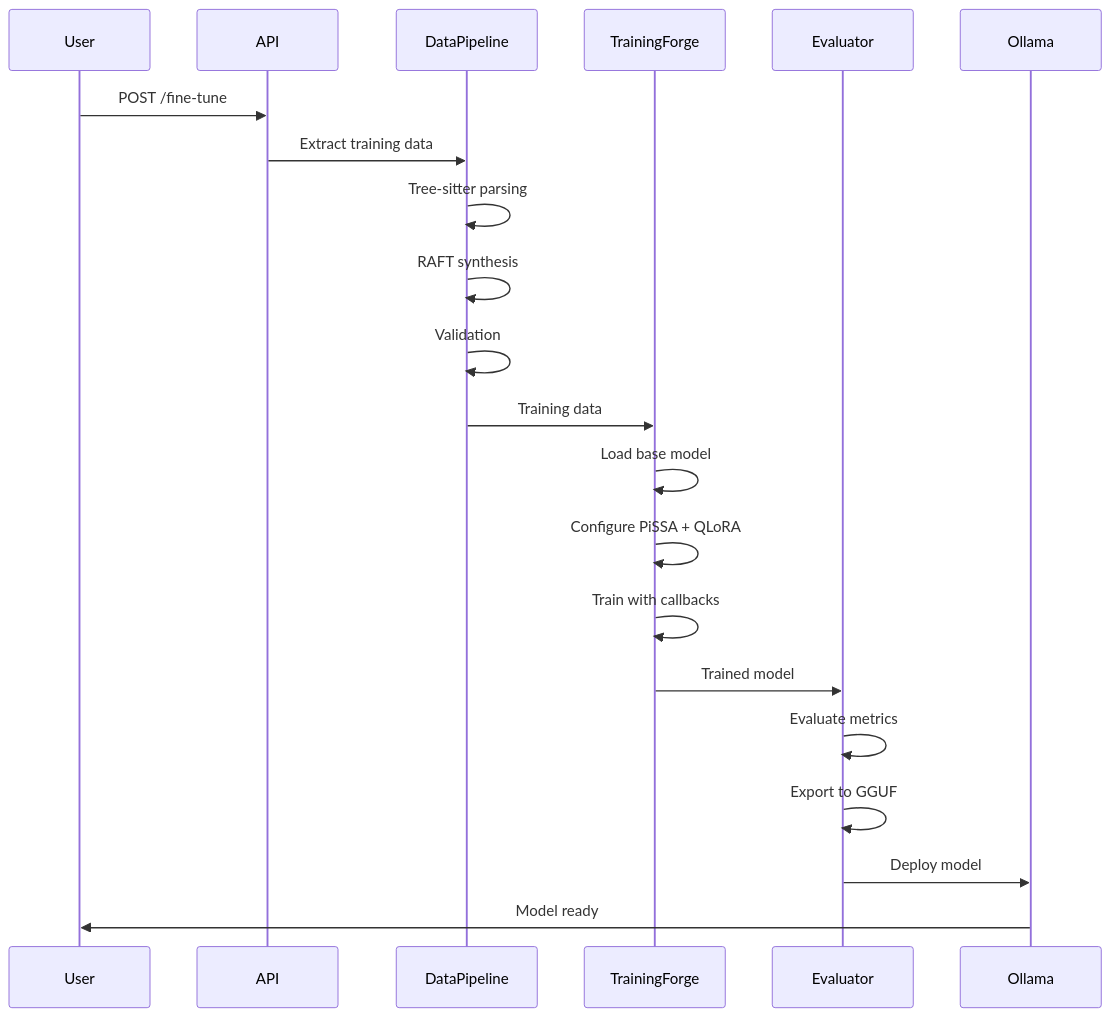
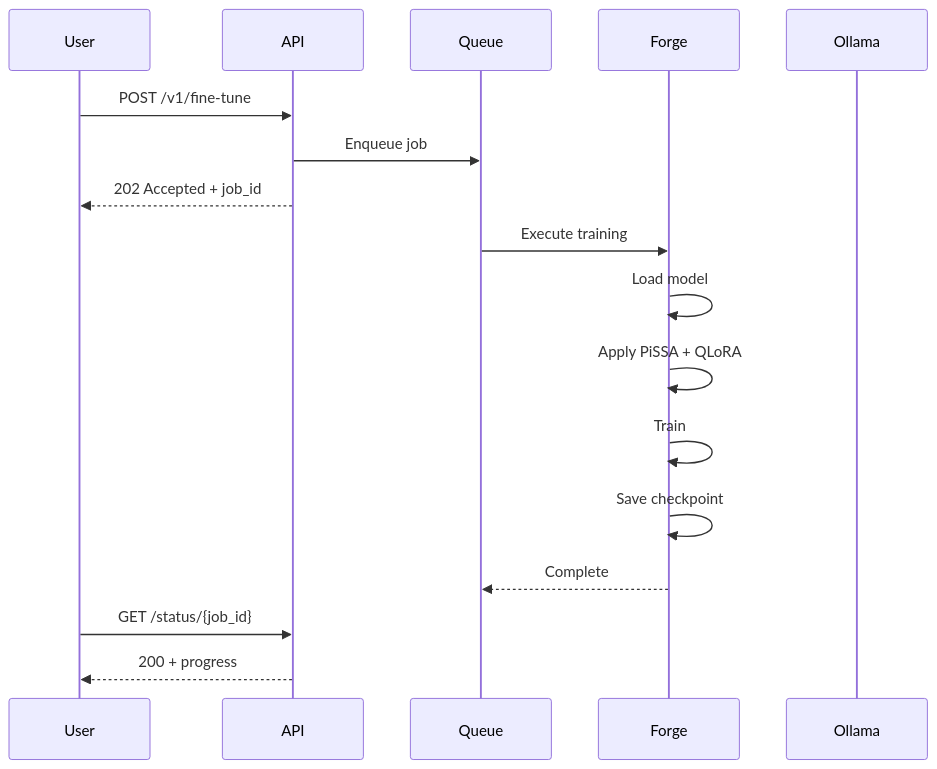
Before and after one commit to mukundajmera/ai_forge: the sixth of 8 diagrams in docs/architecture.md, drawn with Mermaid. The commit also changed other lines of this file and 5 other files, not shown here.

````diff
--- a/docs/architecture.md
+++ b/docs/architecture.md
@@ -94,24 +169,20 @@
 ```mermaid
 sequenceDiagram
-    participant U as User
-    participant A as API
-    participant D as DataPipeline
-    participant T as TrainingForge
-    participant E as Evaluator
-    participant O as Ollama
+    participant User
+    participant API
+    participant Queue
+    participant Forge
+    participant Ollama
     
-    U->>A: POST /fine-tune
-    A->>D: Extract training data
-    D->>D: Tree-sitter parsing
-    D->>D: RAFT synthesis
-    D->>D: Validation
-    D->>T: Training data
-    T->>T: Load base model
-    T->>T: Configure PiSSA + QLoRA
-    T->>T: Train with callbacks
-    T->>E: Trained model
-    E->>E: Evaluate metrics
-    E->>E: Export to GGUF
-    E->>O: Deploy model
-    O->>U: Model ready
+    User->>API: POST /v1/fine-tune
+    API->>Queue: Enqueue job
+    API-->>User: 202 Accepted + job_id
+    Queue->>Forge: Execute training
+    Forge->>Forge: Load model
+    Forge->>Forge: Apply PiSSA + QLoRA
+    Forge->>Forge: Train
+    Forge->>Forge: Save checkpoint
+    Forge-->>Queue: Complete
+    User->>API: GET /status/{job_id}
+    API-->>User: 200 + progress
 ```
````
